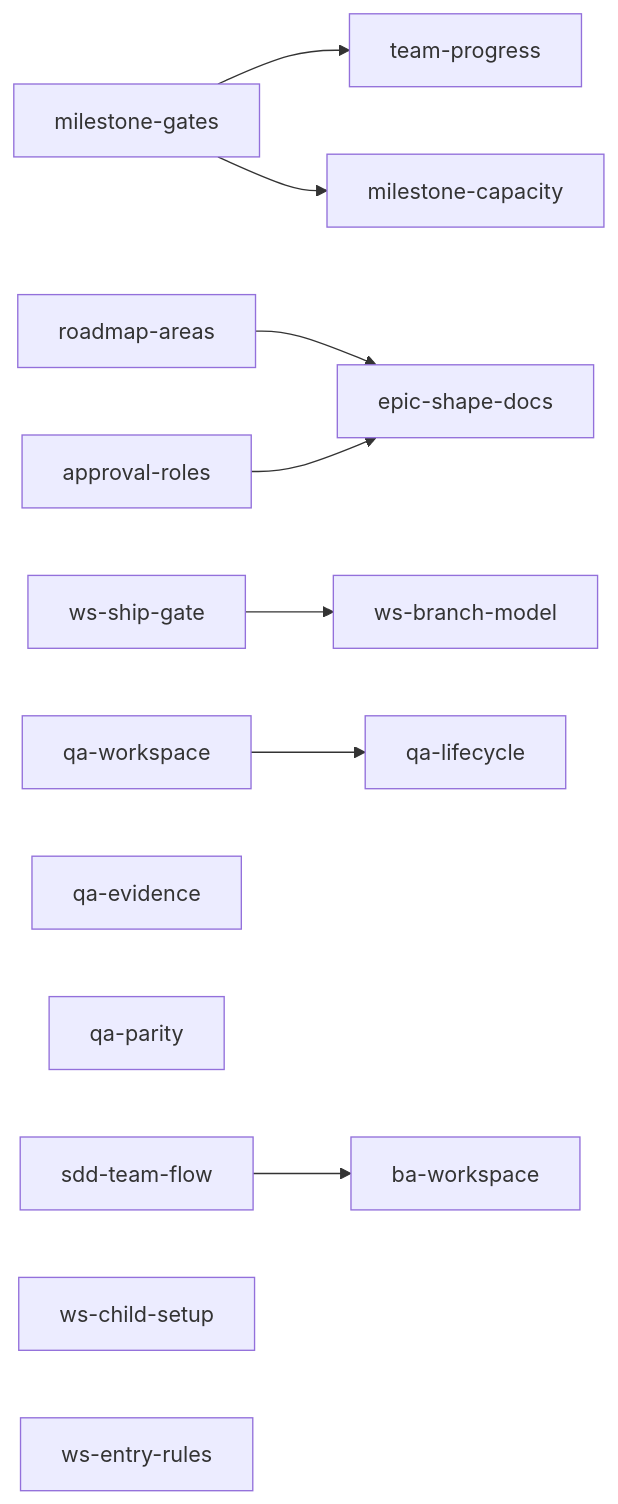
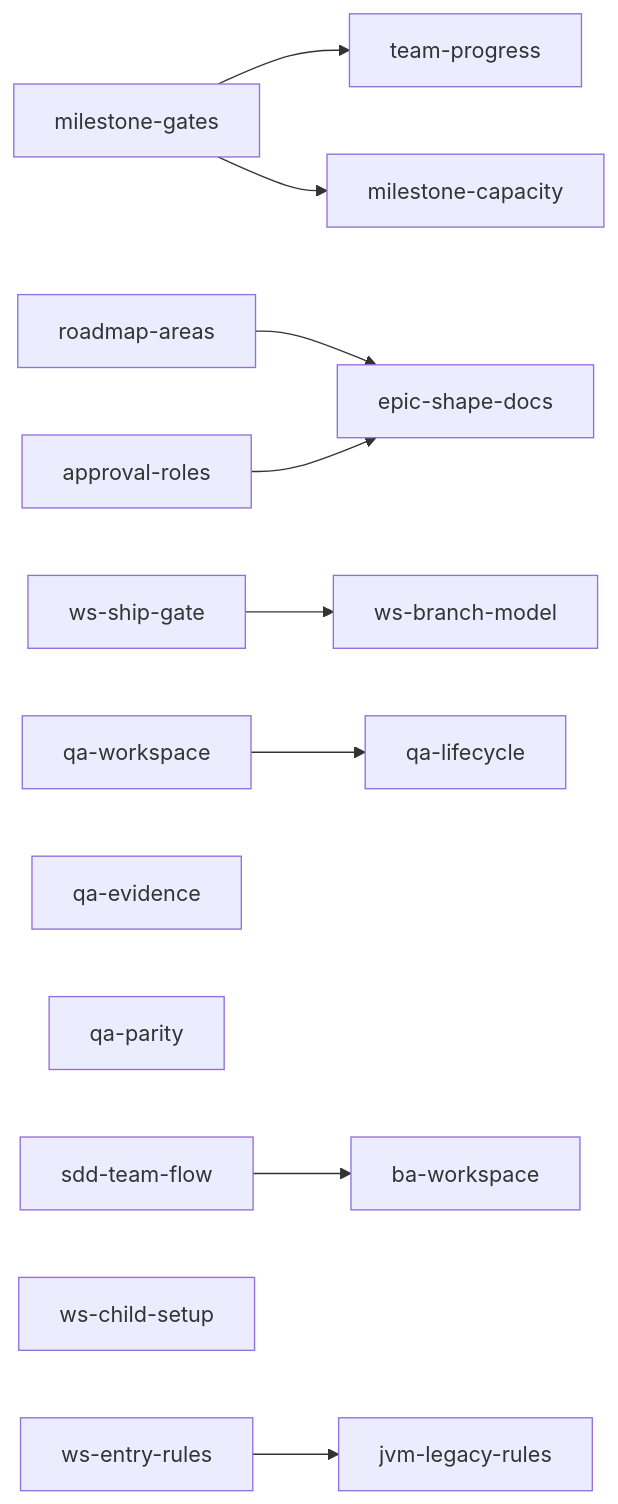
The diagram in .planning/roadmap.md (giangdhwhtbr/gin-workflow), drawn with Mermaid before and after one commit. The commit also changed other lines of this file, not shown here.

Commit message:
docs(roadmap): split JVM legacy rules and tech-doc route scouting out of ws-entry-rules

````diff
--- a/.planning/roadmap.md
+++ b/.planning/roadmap.md
@@ -48,14 +48,14 @@
 ```mermaid
 flowchart LR
     MG[milestone-gates] --> TP[team-progress]
     MG --> MC[milestone-capacity]
     RA[roadmap-areas] --> ES[epic-shape-docs]
     AR[approval-roles] --> ES
     SG[ws-ship-gate] --> BM[ws-branch-model]
     QW[qa-workspace] --> QL[qa-lifecycle]
     QE[qa-evidence]
     QP[qa-parity]
     SD[sdd-team-flow] --> BA[ba-workspace]
     CS[ws-child-setup]
-    ER[ws-entry-rules]
+    ER[ws-entry-rules] --> JL[jvm-legacy-rules]
 ```
````
